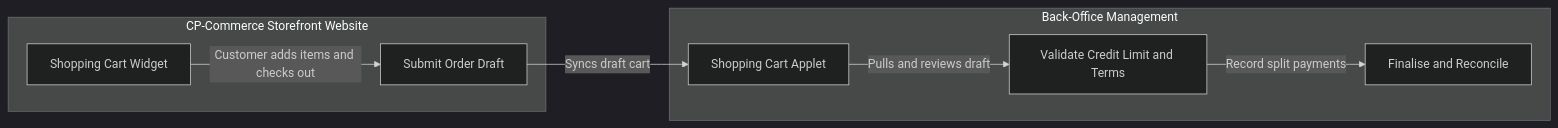
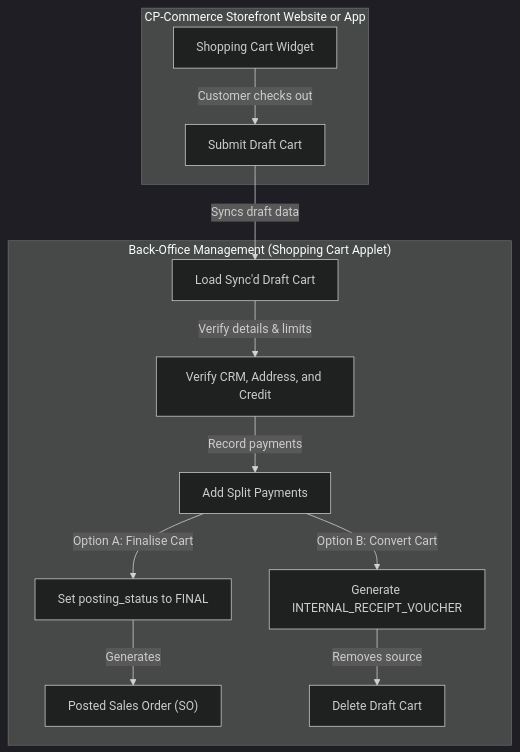
The first of 2 diagrams in content/en/applets/ecommerce/shopping-cart-applet.md (bigledger/blg-wiki), drawn with Mermaid (dark theme) before and after one commit. The commit also changed other lines of this file and 32 other files, not shown here.

Commit message:
docs: update shopping cart title and overview, remove duplicate guide, fix custom CSS, reorganize finance and entity applets

````diff
--- a/content/en/applets/ecommerce/shopping-cart-applet.md
+++ b/content/en/applets/ecommerce/shopping-cart-applet.md
@@ -87,11 +89,15 @@
 ```mermaid
-flowchart LR
-    subgraph Storefront ["CP-Commerce Storefront Website"]
-        W["Shopping Cart Widget"] -->|"Customer adds items and checks out"| P["Submit Order Draft"]
+flowchart TD
+    subgraph Storefront ["CP-Commerce Storefront Website or App"]
+        W["Shopping Cart Widget"] -->|"Customer checks out"| P["Submit Draft Cart"]
     end
-    subgraph BackOffice ["Back-Office Management"]
-        A["Shopping Cart Applet"] -->|"Pulls and reviews draft"| S["Validate Credit Limit and Terms"]
-        S -->|"Record split payments"| F["Finalise and Reconcile"]
+    subgraph BackOffice ["Back-Office Management (Shopping Cart Applet)"]
+        A["Load Sync'd Draft Cart"] -->|"Verify details & limits"| V["Verify CRM, Address, and Credit"]
+        V -->|"Record payments"| S["Add Split Payments"]
+        S -->|"Option A: Finalise Cart"| F["Set posting_status to FINAL"]
+        F -->|"Generates"| SO["Posted Sales Order (SO)"]
+        S -->|"Option B: Convert Cart"| C["Generate INTERNAL_RECEIPT_VOUCHER"]
+        C -->|"Removes source"| D["Delete Draft Cart"]
     end
-    P -->|"Syncs draft cart"| A
+    P -->|"Syncs draft data"| A
 ```
````
